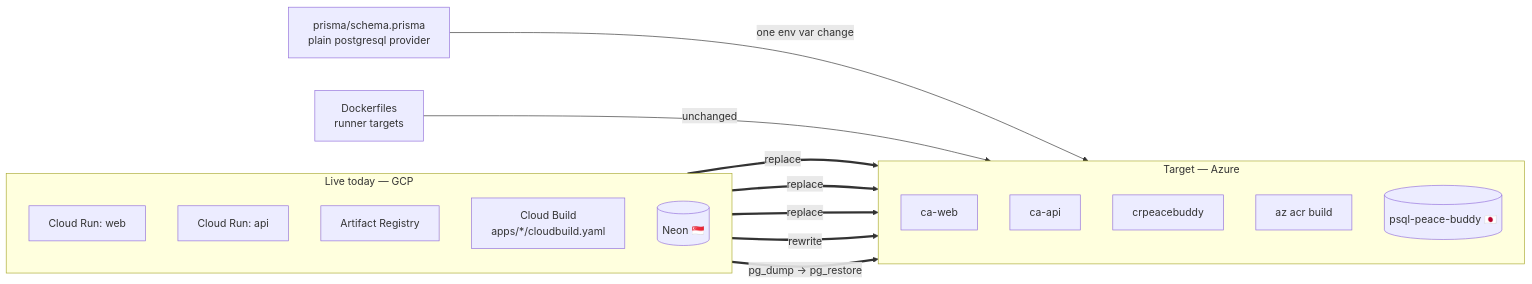
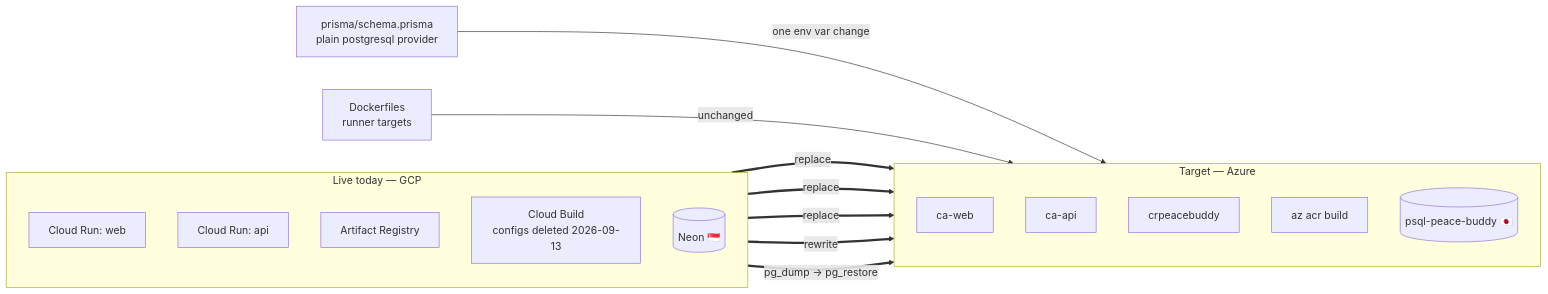
The third of 7 diagrams in docs/deploy-plan.md (Lynns0416/buddy-app-copy), drawn with Mermaid before and after one commit. The commit also changed other lines of this file and 10 other files, not shown here.

````diff
--- a/docs/deploy-plan.md
+++ b/docs/deploy-plan.md
@@ -128,32 +130,32 @@
 ```mermaid
 flowchart LR
     subgraph NOW["Live today — GCP"]
         direction TB
         CRW["Cloud Run: web"]
         CRA["Cloud Run: api"]
         AR["Artifact Registry"]
-        CB["Cloud Build<br/>apps/*/cloudbuild.yaml"]
+        CB["Cloud Build<br/>configs deleted 2026-09-13"]
         NEON[("Neon 🇸🇬")]
     end
 
     subgraph NEXT["Target — Azure"]
         direction TB
         CAW["ca-web"]
         CAA["ca-api"]
         ACR2["crpeacebuddy"]
         AZB["az acr build"]
         PG2[("psql-peace-buddy 🇯🇵")]
     end
 
     DF["Dockerfiles<br/>runner targets"]
     SC["prisma/schema.prisma<br/>plain postgresql provider"]
 
     CRW ==>|replace| CAW
     CRA ==>|replace| CAA
     AR ==>|replace| ACR2
     CB ==>|rewrite| AZB
     NEON ==>|"pg_dump → pg_restore"| PG2
 
     DF -->|unchanged| NEXT
     SC -->|"one env var change"| PG2
 ```
````
